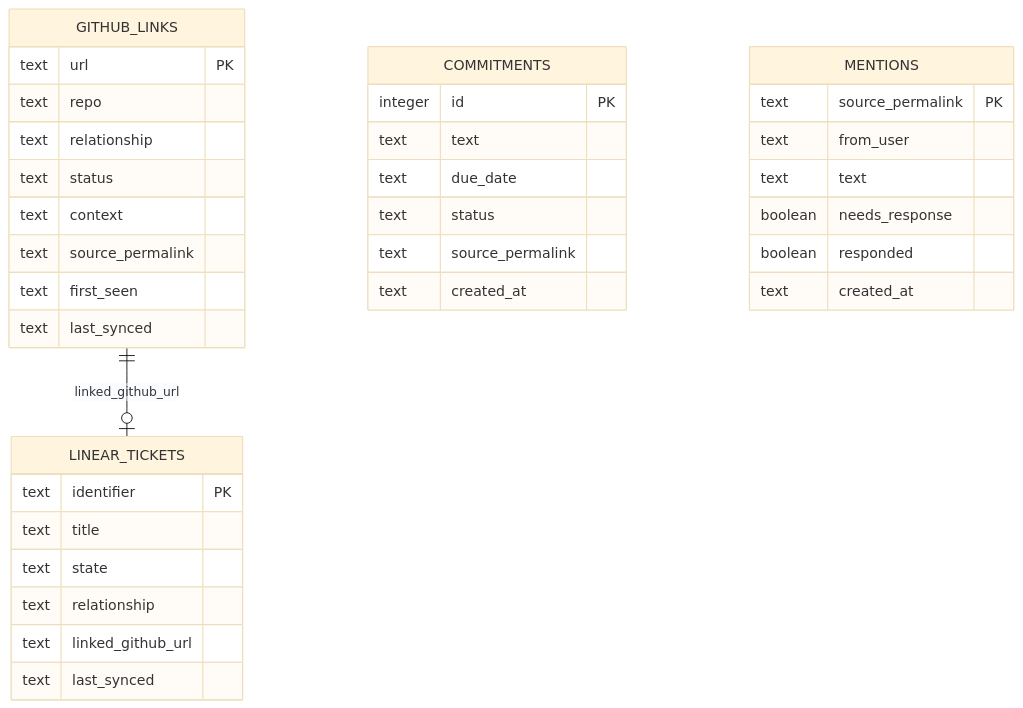
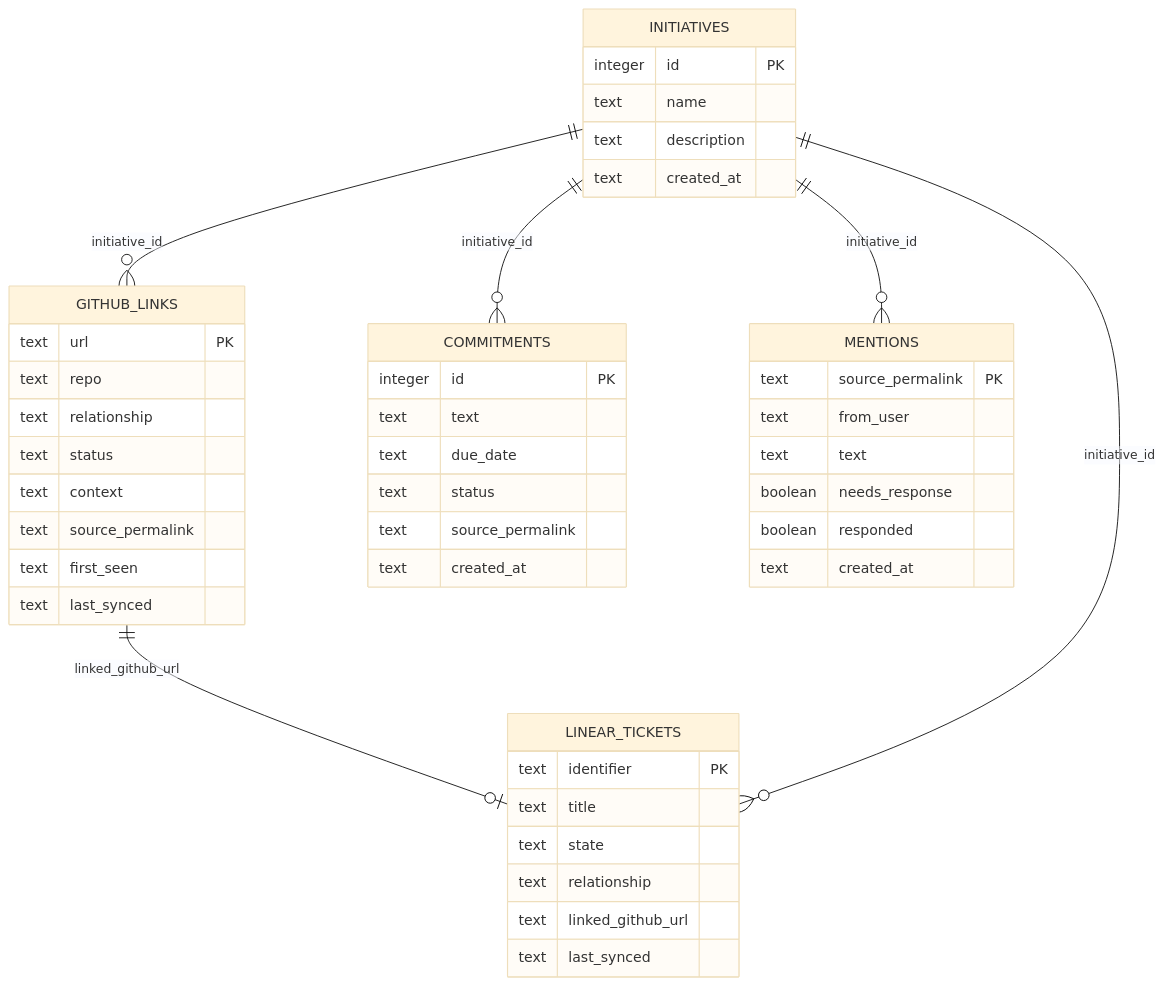
One commit to JonathanLorimer/cos changed the third of 6 diagrams in ARCHITECTURE.md. Above: the diagram before and after it, drawn with Mermaid (base theme). The commit also changed other lines of this file and 20 other files, not shown here.

Commit message:
add initiatives and slack links

````diff
--- a/ARCHITECTURE.md
+++ b/ARCHITECTURE.md
@@ -71,38 +71,48 @@
 ```mermaid
 erDiagram
     GITHUB_LINKS {
         text url PK
         text repo
         text relationship
         text status
         text context
         text source_permalink
         text first_seen
         text last_synced
     }
     COMMITMENTS {
         integer id PK
         text text
         text due_date
         text status
         text source_permalink
         text created_at
     }
     MENTIONS {
         text source_permalink PK
         text from_user
         text text
         boolean needs_response
         boolean responded
         text created_at
     }
     LINEAR_TICKETS {
         text identifier PK
         text title
         text state
         text relationship
         text linked_github_url
         text last_synced
     }
+    INITIATIVES {
+        integer id PK
+        text name
+        text description
+        text created_at
+    }
     GITHUB_LINKS ||--o| LINEAR_TICKETS : "linked_github_url"
+    INITIATIVES ||--o{ GITHUB_LINKS : "initiative_id"
+    INITIATIVES ||--o{ COMMITMENTS : "initiative_id"
+    INITIATIVES ||--o{ MENTIONS : "initiative_id"
+    INITIATIVES ||--o{ LINEAR_TICKETS : "initiative_id"
 ```
````
